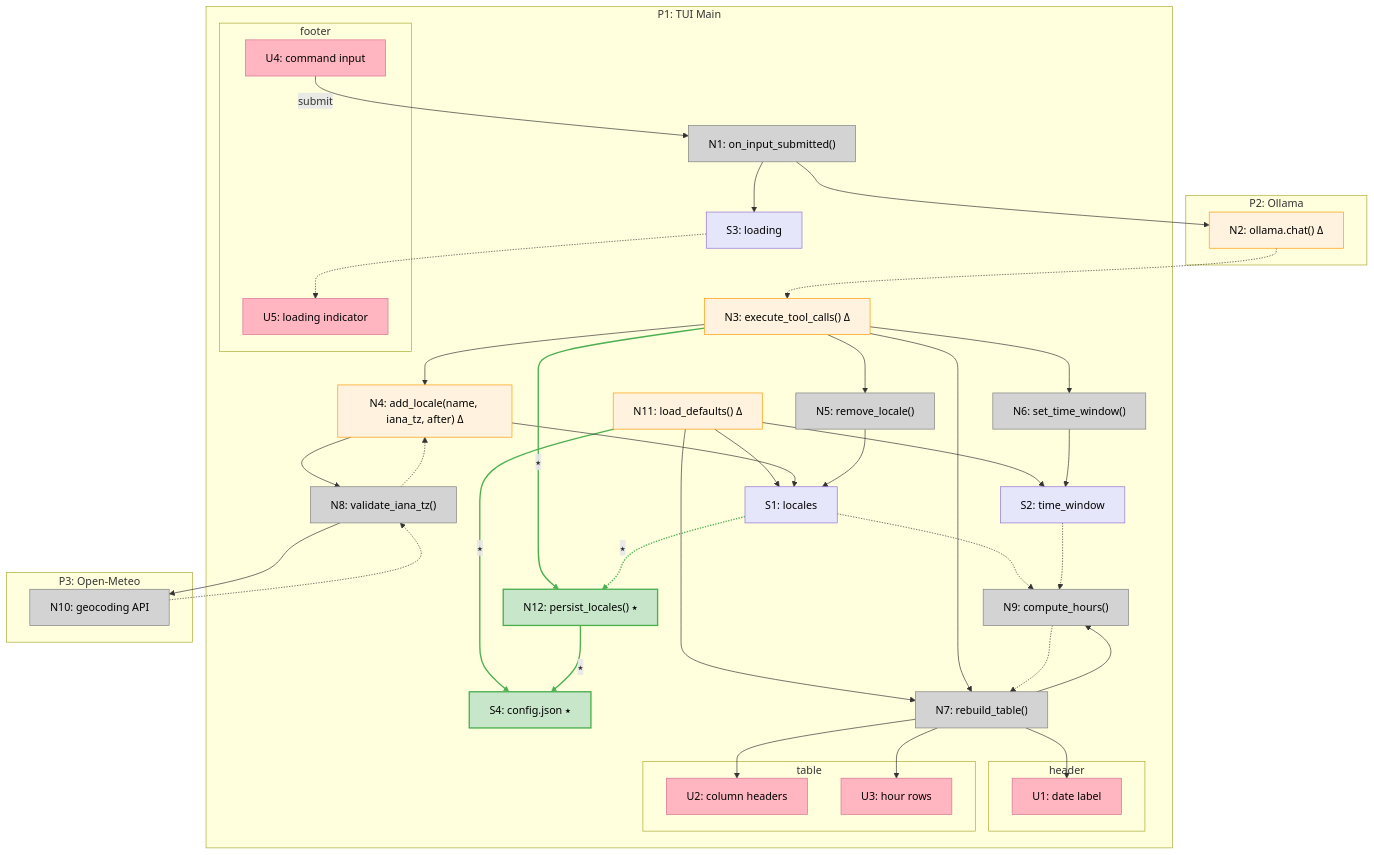
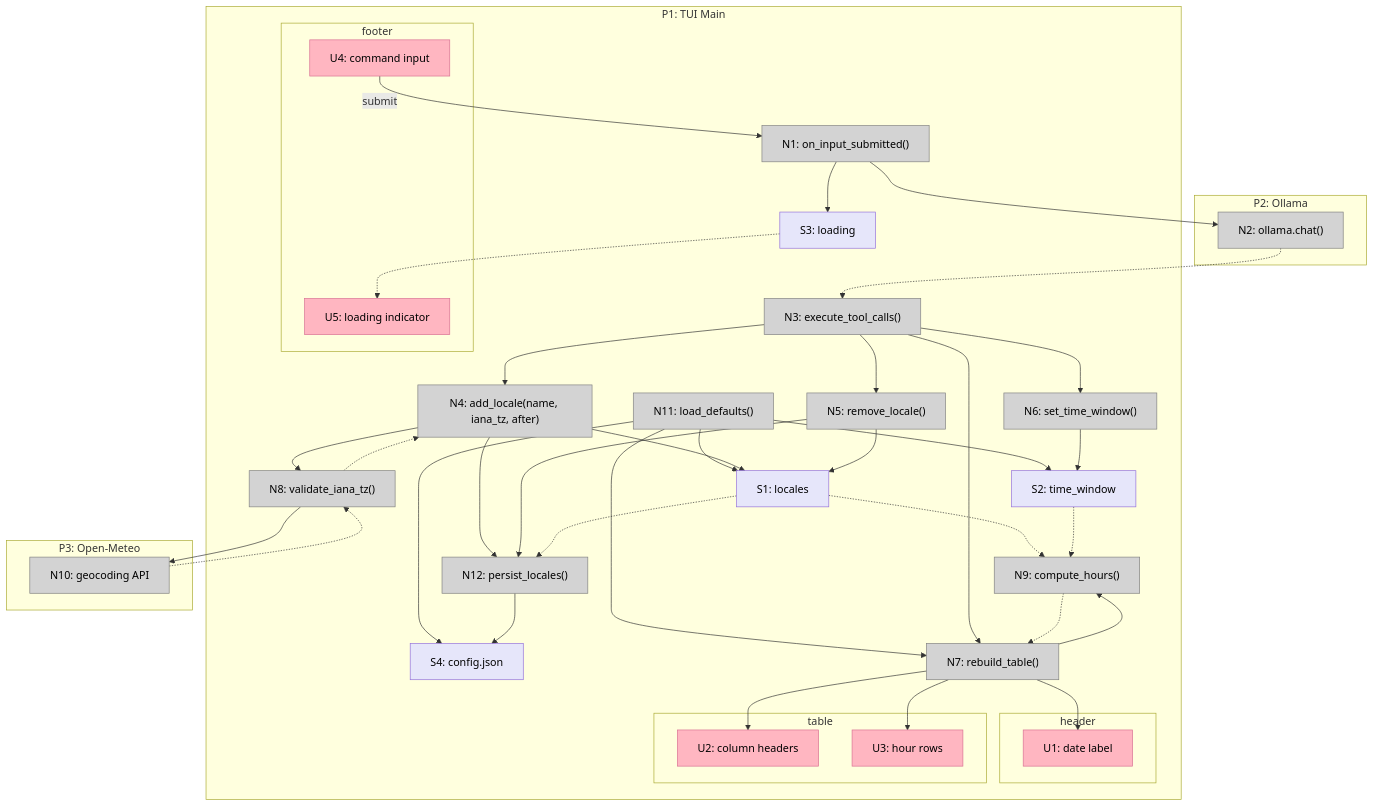
Before and after one commit to rjs/tick: the diagram in shaping-v1.2.md, drawn with Mermaid. The commit also changed other lines of this file, not shown here.

````diff
--- a/shaping-v1.2.md
+++ b/shaping-v1.2.md
@@ -161,22 +161,22 @@
         S1["S1: locales"]
         S2["S2: time_window"]
         S3["S3: loading"]
-        S4["S4: config.json ⭑"]
+        S4["S4: config.json"]
 
         N1["N1: on_input_submitted()"]
-        N3["N3: execute_tool_calls() Δ"]
-        N4["N4: add_locale(name, iana_tz, after) Δ"]
+        N3["N3: execute_tool_calls()"]
+        N4["N4: add_locale(name, iana_tz, after)"]
         N5["N5: remove_locale()"]
         N6["N6: set_time_window()"]
         N7["N7: rebuild_table()"]
         N8["N8: validate_iana_tz()"]
         N9["N9: compute_hours()"]
-        N11["N11: load_defaults() Δ"]
-        N12["N12: persist_locales() ⭑"]
+        N11["N11: load_defaults()"]
+        N12["N12: persist_locales()"]
     end
 
     subgraph P2["P2: Ollama"]
-        N2["N2: ollama.chat() Δ"]
+        N2["N2: ollama.chat()"]
     end
 
     subgraph P3["P3: Open-Meteo"]
@@ -184,7 +184,7 @@
     end
 
     %% Startup
-    N11 -->|⭑| S4
+    N11 --> S4
     N11 --> S1
     N11 --> S2
     N11 --> N7
@@ -205,13 +205,14 @@
     N10 -.-> N8
     N8 -.-> N4
     N4 --> S1
+    N4 --> N12
     N5 --> S1
+    N5 --> N12
     N6 --> S2
 
-    %% Persist after locale mutations
-    N3 -->|⭑| N12
-    S1 -.->|⭑| N12
-    N12 -->|⭑| S4
+    %% Persist writes S1 snapshot to config
+    S1 -.-> N12
+    N12 --> S4
 
     %% Rebuild
     N3 --> N7
@@ -223,21 +224,11 @@
     N7 --> U2
     N7 --> U3
 
-    %% Style new wires (v1.2) — indices: 0=N11→S4, 19=N3→N12, 20=S1→N12, 21=N12→S4
-    linkStyle 0 stroke:#4caf50,stroke-width:2px
-    linkStyle 19 stroke:#4caf50,stroke-width:2px
-    linkStyle 20 stroke:#4caf50,stroke-width:2px
-    linkStyle 21 stroke:#4caf50,stroke-width:2px
-
     classDef ui fill:#ffb6c1,stroke:#d87093,color:#000
     classDef nonui fill:#d3d3d3,stroke:#808080,color:#000
     classDef store fill:#e6e6fa,stroke:#9370db,color:#000
-    classDef changed fill:#fff3e0,stroke:#ff9800,color:#000
-    classDef new fill:#c8e6c9,stroke:#4caf50,color:#000,stroke-width:2px
 
     class U1,U2,U3,U4,U5 ui
-    class N1,N5,N6,N7,N8,N9,N10 nonui
-    class S1,S2,S3 store
-    class N2,N3,N4,N11 changed
-    class N12,S4 new
+    class N1,N2,N3,N4,N5,N6,N7,N8,N9,N10,N11,N12 nonui
+    class S1,S2,S3,S4 store
 ```
````
